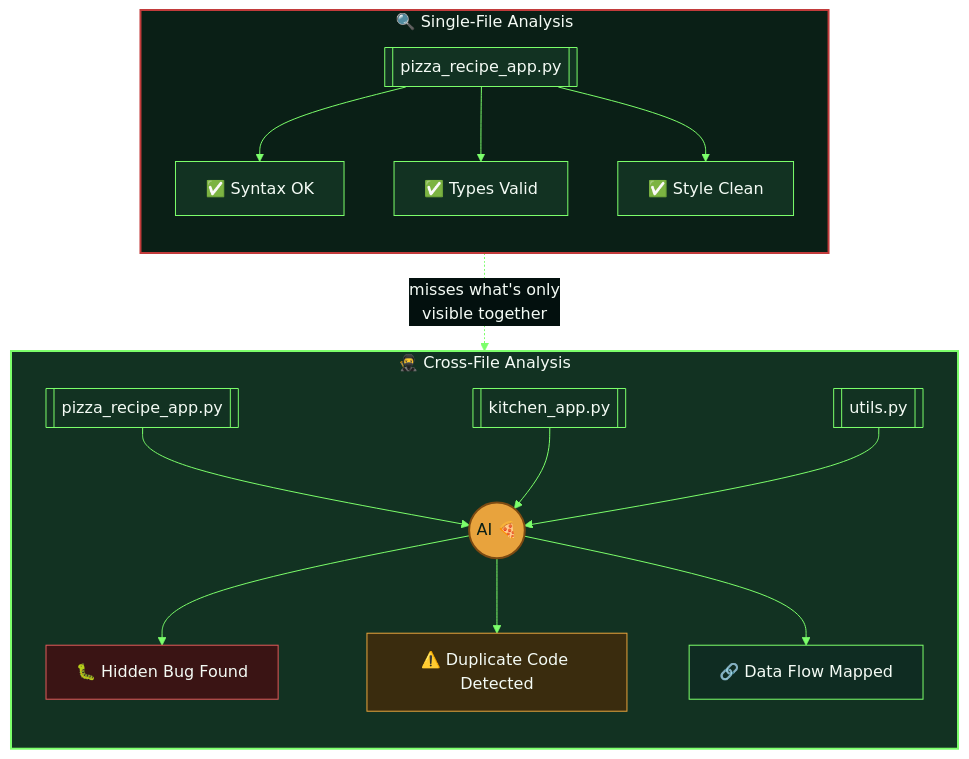
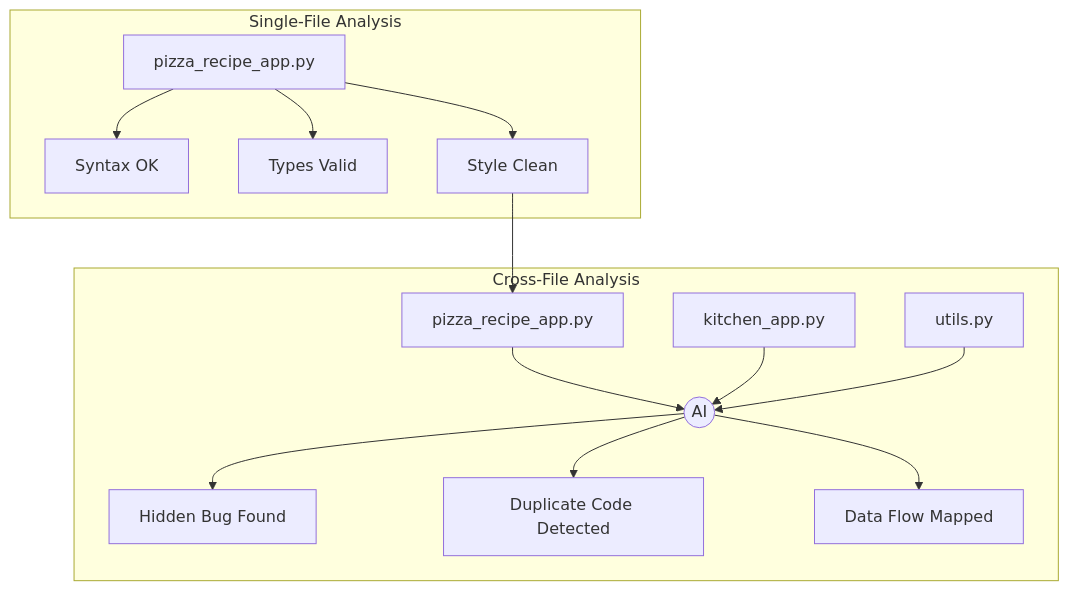
The first of 3 diagrams in 02-context-conversations/README.md (breconno/cowabunga), drawn with Mermaid before and after one commit. The commit also changed other lines of this file and 1 other file, not shown here.

Commit message:
chore: simplify mermaid diagrams in README for improved readability

````diff
--- a/02-context-conversations/README.md
+++ b/02-context-conversations/README.md
@@ -149,50 +149,22 @@
 ```mermaid
-%%{init: {'theme':'base', 'themeVariables': {
-  'primaryColor': '#123222',
-  'primaryTextColor': '#f4fbf5',
-  'primaryBorderColor': '#7cff6b',
-  'lineColor': '#7cff6b',
-  'secondaryColor': '#0a1f16',
-  'secondaryTextColor': '#f4fbf5',
-  'secondaryBorderColor': '#c23b3b',
-  'tertiaryColor': '#0c231c',
-  'tertiaryTextColor': '#f4fbf5',
-  'tertiaryBorderColor': '#e8a33d',
-  'background': '#03100e',
-  'mainBkg': '#123222',
-  'nodeTextColor': '#f4fbf5',
-  'edgeLabelBackground': '#03100e',
-  'fontFamily': 'Verdana'
-}}}%%
 flowchart TB
-    subgraph Single[" 🔍 Single-File Analysis "]
-        direction TB
-        S1[["pizza_recipe_app.py"]]
-        S1 --> SC1["✅ Syntax OK"]
-        S1 --> SC2["✅ Types Valid"]
-        S1 --> SC3["✅ Style Clean"]
+    subgraph Single[Single-File Analysis]
+        S1[pizza_recipe_app.py]
+        S1 --> SC1[Syntax OK]
+        S1 --> SC2[Types Valid]
+        S1 --> SC3[Style Clean]
     end
-
-    subgraph Cross[" 🥷 Cross-File Analysis "]
-        direction TB
-        F1[["pizza_recipe_app.py"]]
-        F2[["kitchen_app.py"]]
-        F3[["utils.py"]]
-        AI(("AI 🍕"))
+    subgraph Cross[Cross-File Analysis]
+        F1[pizza_recipe_app.py]
+        F2[kitchen_app.py]
+        F3[utils.py]
+        AI((AI))
         F1 --> AI
         F2 --> AI
         F3 --> AI
-        AI --> R1["🐛 Hidden Bug Found"]
-        AI --> R2["⚠️ Duplicate Code Detected"]
-        AI --> R3["🔗 Data Flow Mapped"]
+        AI --> R1[Hidden Bug Found]
+        AI --> R2[Duplicate Code Detected]
+        AI --> R3[Data Flow Mapped]
     end
-
-    Single -. "misses what's only<br/>visible together" .-> Cross
-
-    style Single fill:#0a1f16,stroke:#c23b3b,stroke-width:2px
-    style Cross fill:#123222,stroke:#7cff6b,stroke-width:2px
-    style AI fill:#e8a33d,stroke:#7c4a12,stroke-width:2px,color:#0a1f16
-    style R1 fill:#3a1414,stroke:#e05a5a,color:#f4fbf5
-    style R2 fill:#3a2c0e,stroke:#e8a33d,color:#f4fbf5
-    style R3 fill:#0f2c22,stroke:#7cff6b,color:#f4fbf5
+    SC3 --> F1
 ```
````
